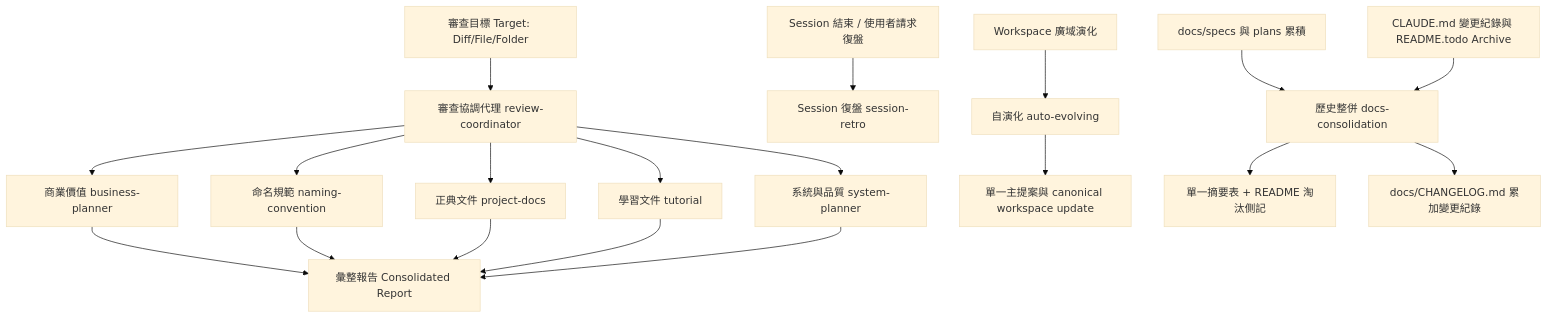
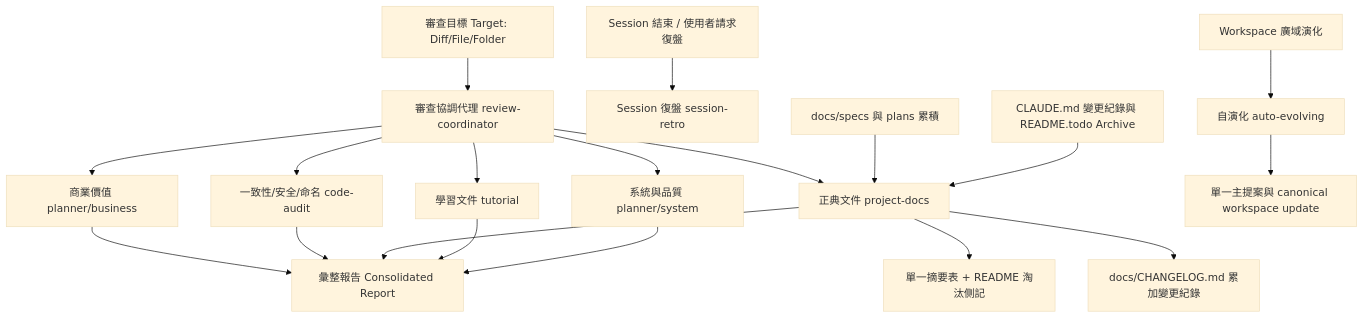
One commit to BizShuk/cc-plugin changed the diagram in plugins/review/README.md. Above: the diagram before and after it, drawn with Mermaid (base theme). The commit also changed other lines of this file and 24 other files, not shown here.

First line of the commit message:
refactor(review): consolidate skills into code-audit, planner, project-docs

````diff
--- a/plugins/review/README.md
+++ b/plugins/review/README.md
@@ -16,21 +16,21 @@
 ```mermaid
 graph TD
     Target[審查目標 Target: Diff/File/Folder] --> Coordinator[審查協調代理 review-coordinator]
-    Coordinator --> S1[商業價值 business-planner]
-    Coordinator --> S2[命名規範 naming-convention]
+    Coordinator --> S1[商業價值 planner/business]
+    Coordinator --> S2[一致性/安全/命名 code-audit]
     Coordinator --> S3[正典文件 project-docs]
     Coordinator --> S4[學習文件 tutorial]
-    Coordinator --> S5[系統與品質 system-planner]
+    Coordinator --> S5[系統與品質 planner/system]
     S1 --> Report[彙整報告 Consolidated Report]
     S2 --> Report
     S3 --> Report
     S4 --> Report
     S5 --> Report
     Session[Session 結束 / 使用者請求復盤] --> S6[Session 復盤 session-retro]
     Workspace[Workspace 廣域演化] --> Evolve[自演化 auto-evolving]
     Evolve --> MainFlow[單一主提案與 canonical workspace update]
-    Docs[docs/specs 與 plans 累積] --> S7[歷史整併 docs-consolidation]
-    Hist[CLAUDE.md 變更紀錄與 README.todo Archive] --> S7
-    S7 --> Summary[單一摘要表 + README 淘汰側記]
-    S7 --> Changelog[docs/CHANGELOG.md 累加變更紀錄]
+    Docs[docs/specs 與 plans 累積] --> S3
+    Hist[CLAUDE.md 變更紀錄與 README.todo Archive] --> S3
+    S3 --> Summary[單一摘要表 + README 淘汰側記]
+    S3 --> Changelog[docs/CHANGELOG.md 累加變更紀錄]
 ```
````
